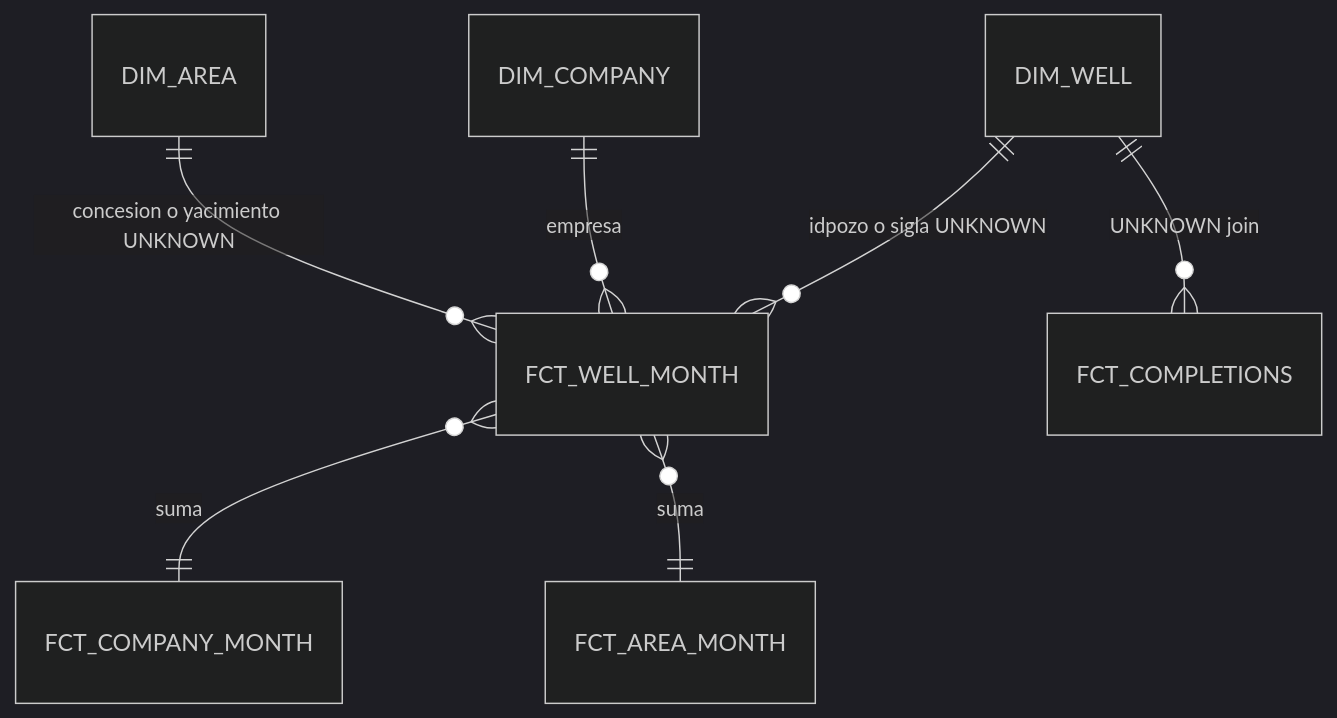
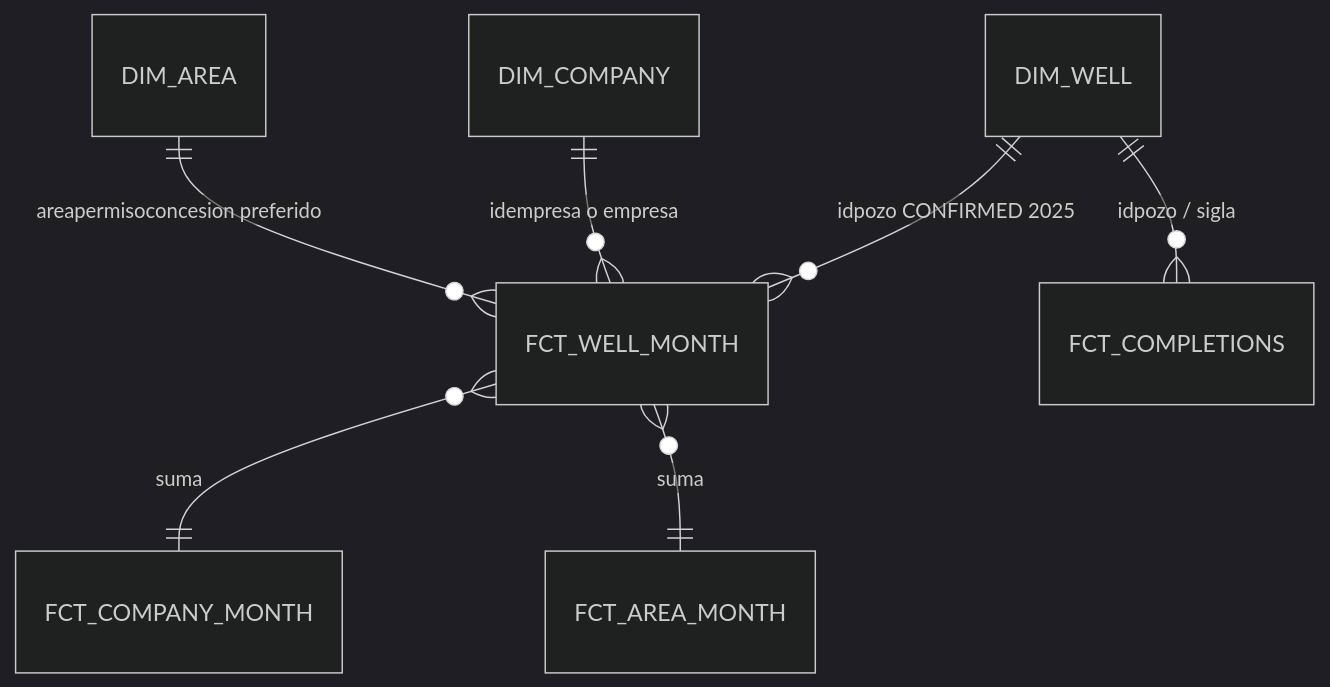
Before and after one commit to nrohland/vaca-muerta-pulse: the diagram in specs/001-vaca-muerta-pulse/data-model.md, drawn with Mermaid (dark theme). The commit also changed other lines of this file and 26 other files, not shown here.

````diff
--- a/specs/001-vaca-muerta-pulse/data-model.md
+++ b/specs/001-vaca-muerta-pulse/data-model.md
@@ -131,9 +150,9 @@
 ```mermaid
 erDiagram
-  DIM_WELL ||--o{ FCT_WELL_MONTH : "idpozo o sigla UNKNOWN"
-  DIM_COMPANY ||--o{ FCT_WELL_MONTH : empresa
-  DIM_AREA ||--o{ FCT_WELL_MONTH : "concesion o yacimiento UNKNOWN"
+  DIM_WELL ||--o{ FCT_WELL_MONTH : "idpozo CONFIRMED 2025"
+  DIM_COMPANY ||--o{ FCT_WELL_MONTH : "idempresa o empresa"
+  DIM_AREA ||--o{ FCT_WELL_MONTH : "areapermisoconcesion preferido"
   FCT_WELL_MONTH }o--|| FCT_COMPANY_MONTH : "suma"
   FCT_WELL_MONTH }o--|| FCT_AREA_MONTH : "suma"
-  DIM_WELL ||--o{ FCT_COMPLETIONS : "UNKNOWN join"
+  DIM_WELL ||--o{ FCT_COMPLETIONS : "idpozo / sigla"
 ```
````
